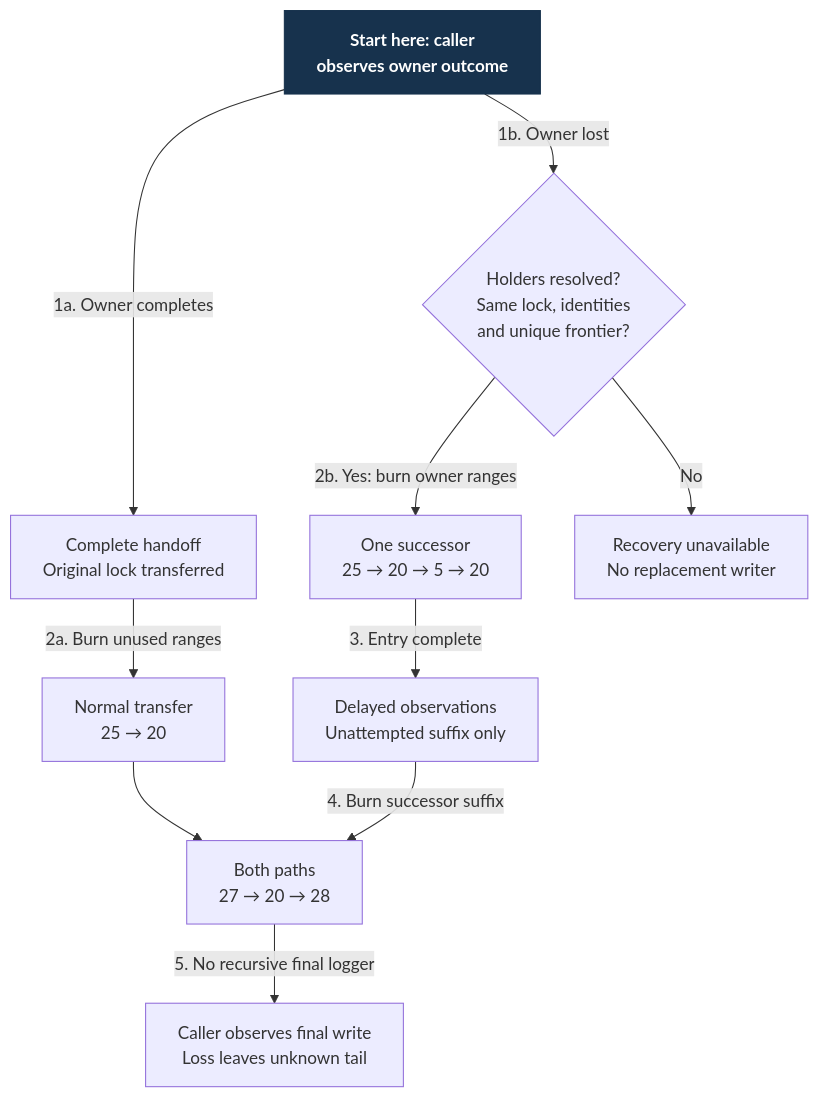
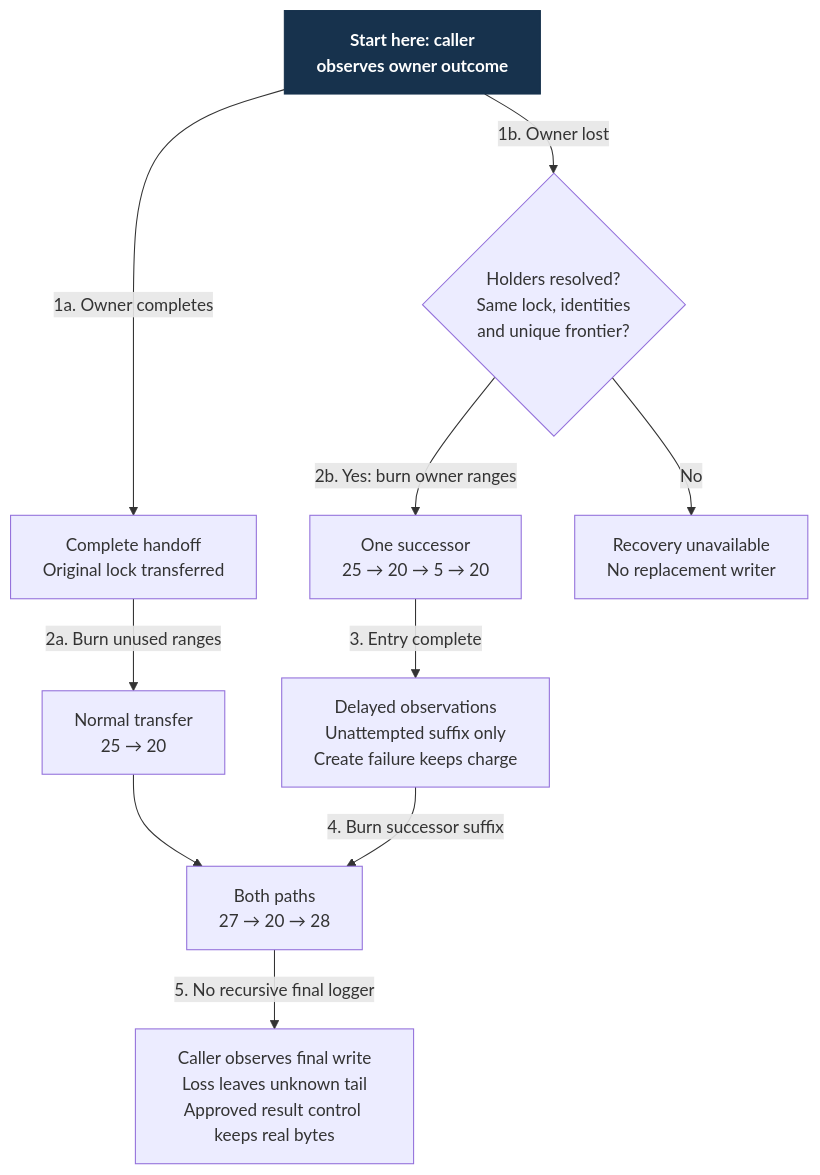
The diagram in docs/design/architecture/settings-activation/keepalive-recovery-transfer.mmd (Linkuistics/Koine), drawn with Mermaid before and after one commit. The commit also changed 12 other files, not shown here.

```diff
--- a/docs/design/architecture/settings-activation/keepalive-recovery-transfer.mmd
+++ b/docs/design/architecture/settings-activation/keepalive-recovery-transfer.mmd
@@ -1,20 +1,20 @@
 flowchart TD
     start["Start here: caller<br/>observes owner outcome"]:::start
     handoff["Complete handoff<br/>Original lock transferred"]
     gate{"Holders resolved?<br/>Same lock, identities<br/>and unique frontier?"}
     normal["Normal transfer<br/>25 → 20"]
     entry["One successor<br/>25 → 20 → 5 → 20"]
-    collect["Delayed observations<br/>Unattempted suffix only"]
+    collect["Delayed observations<br/>Unattempted suffix only<br/>Create failure keeps charge"]
     unknown["Recovery unavailable<br/>No replacement writer"]
     final["Both paths<br/>27 → 20 → 28"]
-    result["Caller observes final write<br/>Loss leaves unknown tail"]
+    result["Caller observes final write<br/>Loss leaves unknown tail<br/>Approved result control keeps real bytes"]
     start -->|1a. Owner completes| handoff
     start -->|1b. Owner lost| gate
     handoff -->|2a. Burn unused ranges| normal
     gate -->|No| unknown
     gate -->|2b. Yes: burn owner ranges| entry
     entry -->|3. Entry complete| collect
     normal --> final
     collect -->|4. Burn successor suffix| final
     final -->|5. No recursive final logger| result
     classDef start fill:#17324d,color:#fff,font-weight:bold,stroke:#17324d
```
